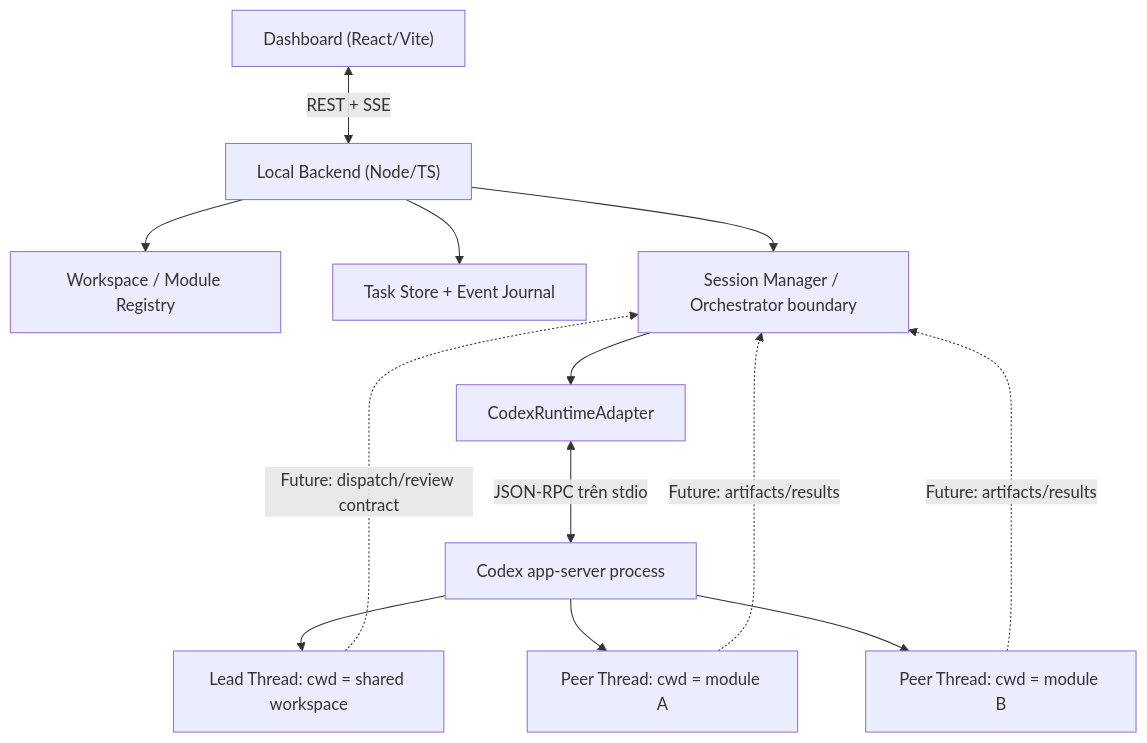
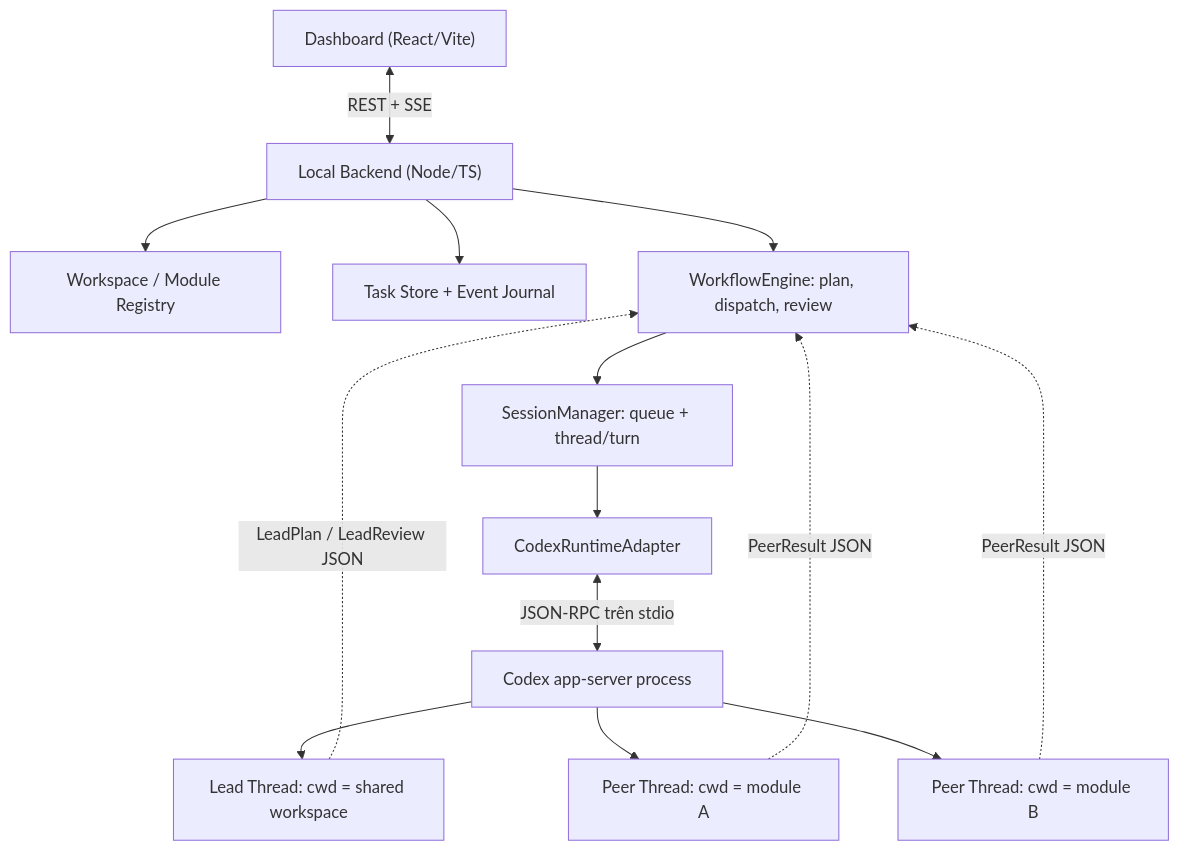
Before and after one commit to haketienloc10/ai-agent-control-center: the first of 2 diagrams in docs/ARCHITECTURE.md, drawn with Mermaid. The commit also changed other lines of this file and 14 other files, not shown here.

Commit message:
feat(p1): orchestrate Lead plans, Peer dispatch, review and business approval

````diff
--- a/docs/ARCHITECTURE.md
+++ b/docs/ARCHITECTURE.md
@@ -5,15 +5,16 @@
 ```mermaid
 flowchart TD
     U["Dashboard (React/Vite)"] <-->|"REST + SSE"| API["Local Backend (Node/TS)"]
     API --> REG["Workspace / Module Registry"]
     API --> TS["Task Store + Event Journal"]
-    API --> CO["Session Manager / Orchestrator boundary"]
-    CO --> R["CodexRuntimeAdapter"]
+    API --> CO["WorkflowEngine: plan, dispatch, review"]
+    CO --> SM["SessionManager: queue + thread/turn"]
+    SM --> R["CodexRuntimeAdapter"]
     R <-->|"JSON-RPC trên stdio"| AS["Codex app-server process"]
     AS --> L["Lead Thread: cwd = shared workspace"]
     AS --> P1["Peer Thread: cwd = module A"]
     AS --> P2["Peer Thread: cwd = module B"]
-    L -. "Future: dispatch/review contract" .-> CO
-    P1 -. "Future: artifacts/results" .-> CO
-    P2 -. "Future: artifacts/results" .-> CO
+    L -. "LeadPlan / LeadReview JSON" .-> CO
+    P1 -. "PeerResult JSON" .-> CO
+    P2 -. "PeerResult JSON" .-> CO
 ```
````
